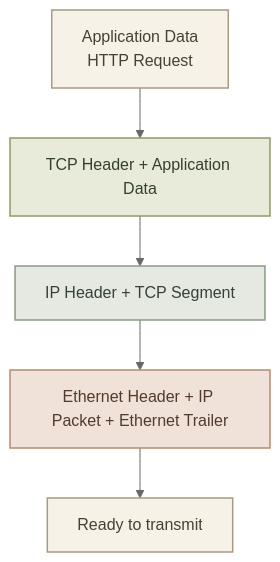
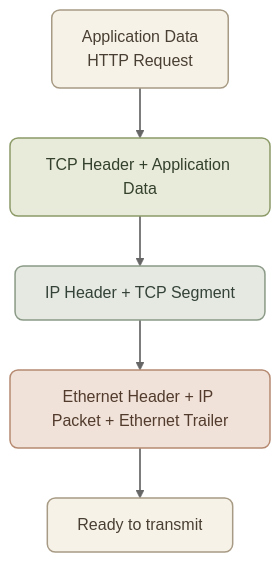
Before and after one commit to mustafammasoud/ops-handbook: the second of 4 diagrams in content/networking/encapsulation-and-decapsulation.mdx, drawn with Mermaid (neutral theme). The commit also changed other lines of this file and 7 other files, not shown here.

````diff
--- a/content/networking/encapsulation-and-decapsulation.mdx
+++ b/content/networking/encapsulation-and-decapsulation.mdx
@@ -114,17 +115,18 @@
 ```mermaid
 flowchart TD
     A["Application Data<br/>HTTP Request"] --> B["TCP Header + Application Data"]
     B --> C["IP Header + TCP Segment"]
     C --> D["Ethernet Header + IP Packet + Ethernet Trailer"]
     D --> E["Ready to transmit"]
 
-    classDef data fill:#F7F2E8,stroke:#A89B85,color:#493F32,stroke-width:1.5px
-    classDef tcp fill:#E8EBD9,stroke:#8C9A68,color:#34412C,stroke-width:1.5px
-    classDef ip fill:#E5E9E1,stroke:#8B9A86,color:#344238,stroke-width:1.5px
-    classDef frame fill:#F0E2D8,stroke:#B58A70,color:#523B2D,stroke-width:1.5px
+    classDef data fill:#F7F2E8,stroke:#A89B85,color:#493F32,stroke-width:1.5px,rx:8,ry:8
+    classDef tcp fill:#E8EBD9,stroke:#8C9A68,color:#34412C,stroke-width:1.5px,rx:8,ry:8
+    classDef ip fill:#E5E9E1,stroke:#8B9A86,color:#344238,stroke-width:1.5px,rx:8,ry:8
+    classDef frame fill:#F0E2D8,stroke:#B58A70,color:#523B2D,stroke-width:1.5px,rx:8,ry:8
 
     class A,E data
     class B tcp
     class C ip
     class D frame
+    linkStyle default stroke-width:1.7px
 ```
````
